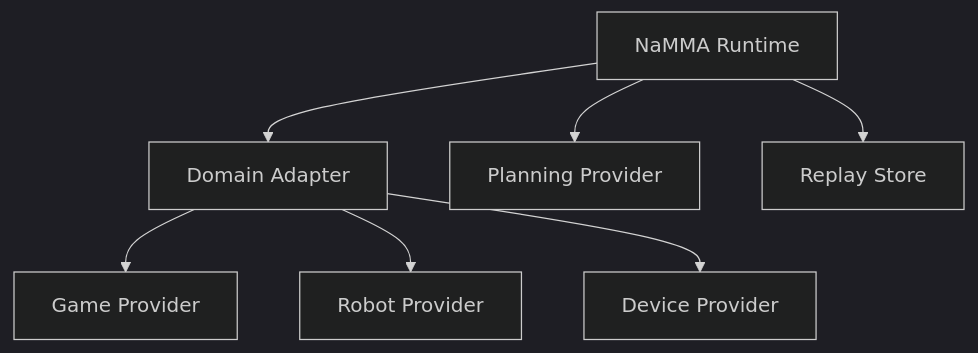
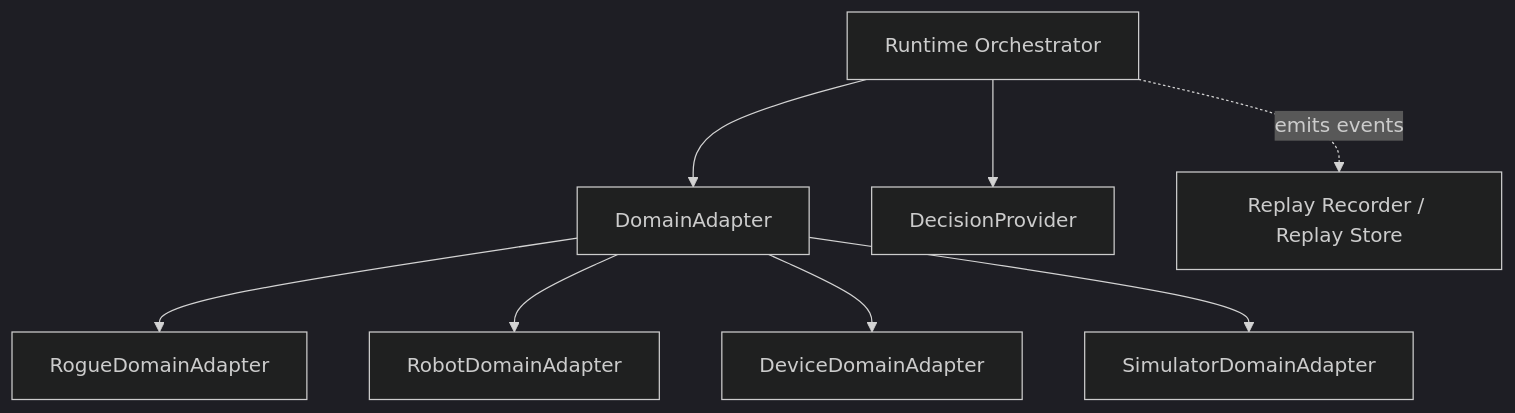
The diagram in docs/future-extension.md (Vectology-cloud-team/namma-rogue-agent), drawn with Mermaid (dark theme) before and after one commit. The commit also changed other lines of this file and 11 other files, not shown here.

````diff
--- a/docs/future-extension.md
+++ b/docs/future-extension.md
@@ -48,17 +37,19 @@
 ```mermaid
 flowchart TD
-    RT["NaMMA Runtime"]
-    AD["Domain Adapter"]
-    GP["Game Provider"]
-    RP["Robot Provider"]
-    DP["Device Provider"]
-    PP["Planning Provider"]
-    RE["Replay Store"]
+    ORCH["Runtime Orchestrator"]
+    ADAPT["DomainAdapter"]
+    ROGUE["RogueDomainAdapter"]
+    ROBOT["RobotDomainAdapter"]
+    DEVICE["DeviceDomainAdapter"]
+    SIM["SimulatorDomainAdapter"]
+    DEC["DecisionProvider"]
+    REPLAY["Replay Recorder / Replay Store"]
 
-    RT --> AD
-    AD --> GP
-    AD --> RP
-    AD --> DP
-    RT --> PP
-    RT --> RE
+    ORCH --> ADAPT
+    ADAPT --> ROGUE
+    ADAPT --> ROBOT
+    ADAPT --> DEVICE
+    ADAPT --> SIM
+    ORCH --> DEC
+    ORCH -. emits events .-> REPLAY
 ```
````
